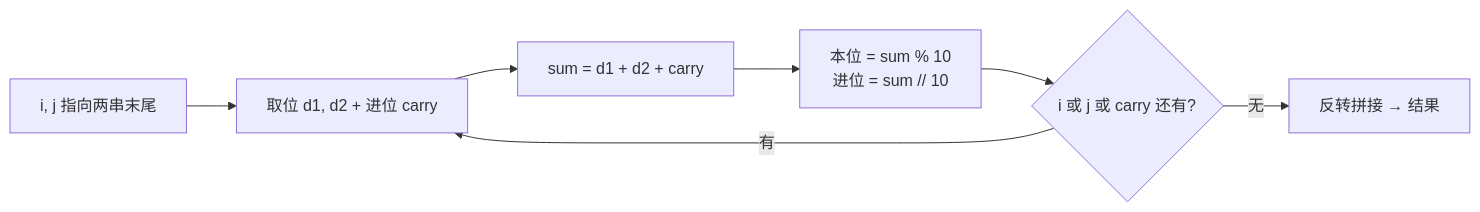
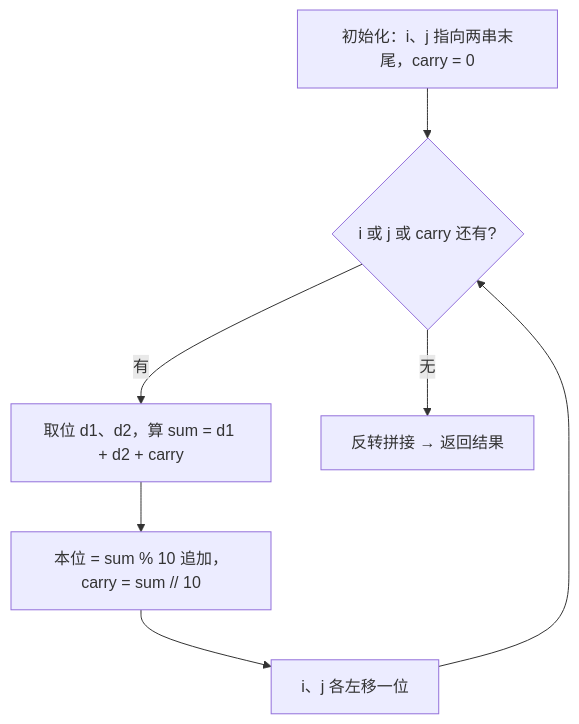
The first of 2 diagrams in 19-大厂加餐/字节加餐/0415-字符串相加.md (OctalZero/hot100-py), drawn with Mermaid before and after one commit. The commit also changed other lines of this file and 117 other files, not shown here.

First line of the commit message:
feat: 全题解配图升级为「动画式 mermaid」（总览骨架 + 横向时间线逐步推演）

````diff
--- a/19-大厂加餐/字节加餐/0415-字符串相加.md
+++ b/19-大厂加餐/字节加餐/0415-字符串相加.md
@@ -28,9 +28,9 @@
 ```mermaid
-flowchart LR
-    A["i, j 指向两串末尾"] --> B["取位 d1, d2 + 进位 carry"]
-    B --> C["sum = d1 + d2 + carry"]
-    C --> D["本位 = sum % 10<br/>进位 = sum // 10"]
-    D --> E{"i 或 j 或 carry 还有?"}
-    E -- "有" --> B
-    E -- "无" --> F["反转拼接 → 结果"]
+flowchart TD
+    A["初始化：i、j 指向两串末尾，carry = 0"] --> B{"i 或 j 或 carry 还有?"}
+    B -->|"有"| C["取位 d1、d2，算 sum = d1 + d2 + carry"]
+    C --> D["本位 = sum % 10 追加，carry = sum // 10"]
+    D --> E["i、j 各左移一位"]
+    E --> B
+    B -->|"无"| F["反转拼接 → 返回结果"]
 ```
````
